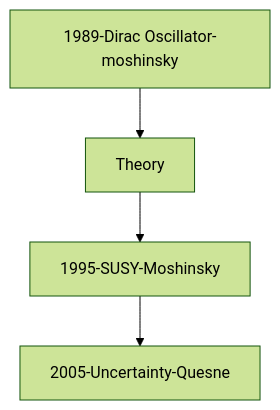
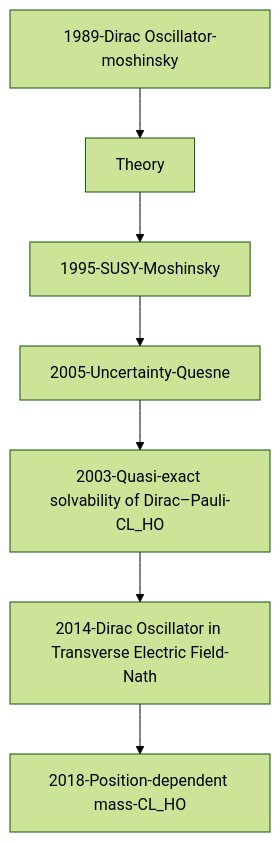
The diagram in _posts/2024-09-12-Dirac-Oscillator.markdown (rajeshphy/research), drawn with Mermaid (forest theme) before and after one commit. The commit also changed 6 other files, not shown here.

Commit message:
Dirac oscillator updated

```diff
--- a/_posts/2024-09-12-Dirac-Oscillator.markdown
+++ b/_posts/2024-09-12-Dirac-Oscillator.markdown
@@ -12,23 +12,31 @@
 <div class="mermaid">
 graph TD;
 
     A[1989-Dirac Oscillator-moshinsky]
     B[Theory]
     C[1995-SUSY-Moshinsky]
     D[2005-Uncertainty-Quesne]
+    
+    E[2003-Quasi-exact solvability of Dirac–Pauli-CL_HO]
+    F[2014-Dirac Oscillator in Transverse Electric Field-Nath]
+    G[2018-Position-dependent mass-CL_HO]
 
-    A --> B; B --> C; C --> D;
+    A --> B; B --> C; C --> D; D --> E; E --> F; F --> G;
     
 
 
 
 
 
     click A "{{ site.PAPERS-ORG }}/PAPERS-ORG/Dirac/1989-moshinsky.pdf";
     click B "{{ site.PAPERS-ORG }}/PAPERS-ORG/Dirac/Theory-Mohinsky.pdf";
     click C "{{ site.PAPERS-ORG }}/PAPERS-ORG/Dirac/1995-SUSY-Moshinsky.pdf";
     click D "{{ site.PAPERS-ORG }}/PAPERS-ORG/Dirac/2005-Uncertainty-Quesne.pdf";
+    click E "{{ site.PAPERS-ORG }}/PAPERS-ORG/Dirac/2003-Quasi-Exact-CL-HO.pdf";
+    click F "{{ site.PAPERS-ORG }}/PAPERS-ORG/Dirac/2014-Electric-Magnetic-Nath.pdf";
+    click G "{{ site.PAPERS-ORG }}/PAPERS-ORG/Dirac/2018-Position-Dependent-Mass-CL-HO.pdf";
+
 
 
 
 </div>
```
